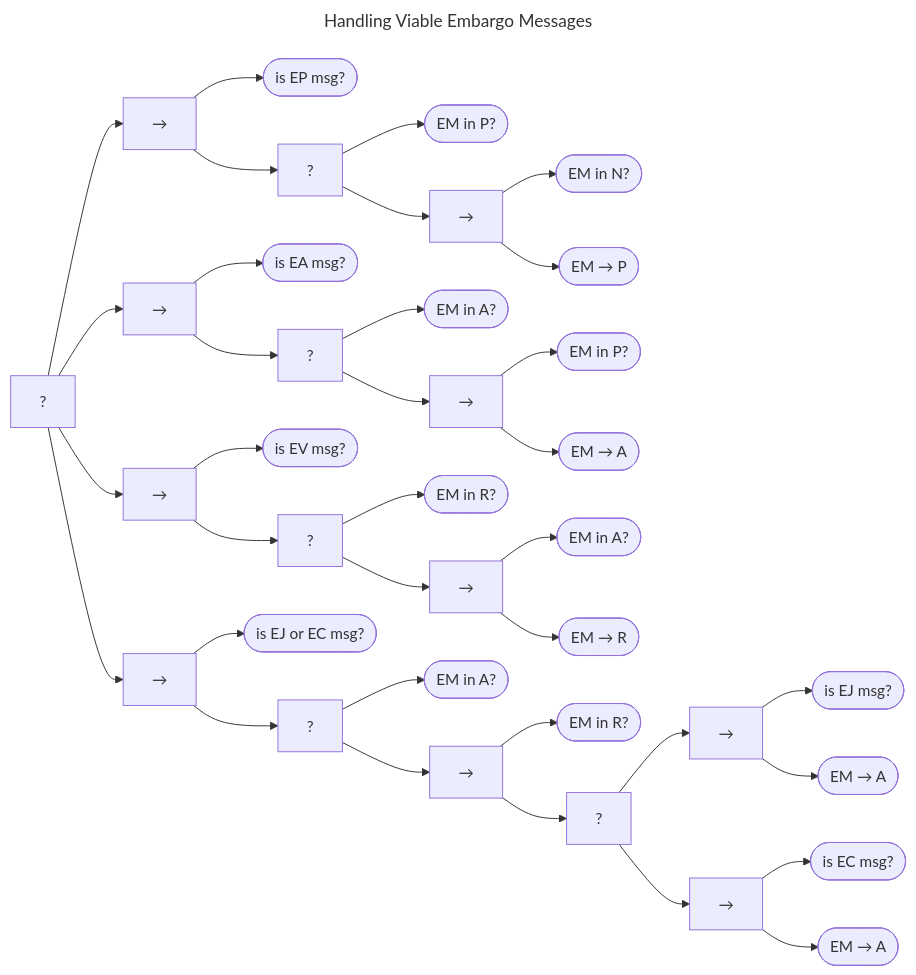
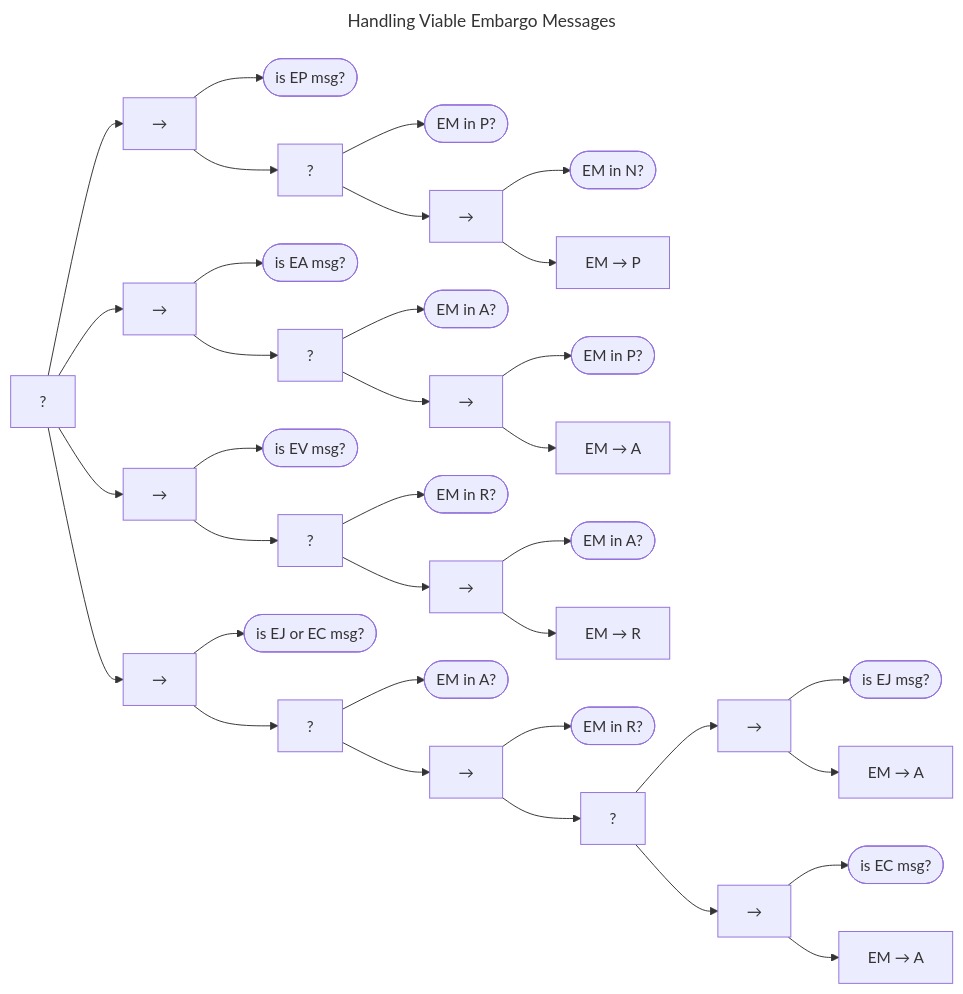
The second of 2 diagrams in docs/topics/behavior_logic/msg_em_bt.md (CERTCC/Vultron), drawn with Mermaid before and after one commit. The commit also changed other lines of this file and 2 other files, not shown here.

Commit message:
fix error in diagram node types

````diff
--- a/docs/topics/behavior_logic/msg_em_bt.md
+++ b/docs/topics/behavior_logic/msg_em_bt.md
@@ -95,75 +95,75 @@
 ```mermaid
 ---
 title: Handling Viable Embargo Messages
 ---
 flowchart LR
     fb["?"]
     ep_seq["&rarr;"]
     fb --> ep_seq
     is_EP_msg(["is EP msg?"])
     ep_seq --> is_EP_msg
     ep_fb["?"]
     ep_seq --> ep_fb
     ep_em_p(["EM in P?"])
     ep_fb --> ep_em_p
     ep_seq2["&rarr;"]
     ep_fb --> ep_seq2
     em_none(["EM in N?"])
     ep_seq2 --> em_none
-    ep_em_to_p(["EM &rarr; P"])
+    ep_em_to_p["EM &rarr; P"]
     ep_seq2 --> ep_em_to_p
     ea_seq["&rarr;"]
     fb --> ea_seq
     is_EA_msg(["is EA msg?"])
     ea_seq --> is_EA_msg
     ea_fb["?"]
     ea_seq --> ea_fb
     em_a(["EM in A?"])
     ea_fb --> em_a
     ea_seq2["&rarr;"]
     ea_fb --> ea_seq2
     ea_em_p(["EM in P?"])
     ea_seq2 --> ea_em_p
-    ea_em_to_a(["EM &rarr; A"])
+    ea_em_to_a["EM &rarr; A"]
     ea_seq2 --> ea_em_to_a
     ev_seq["&rarr;"]
     fb --> ev_seq
     is_EV_msg(["is EV msg?"])
     ev_seq --> is_EV_msg
     ev_fb["?"]
     ev_seq --> ev_fb
     ev_em_r(["EM in R?"])
     ev_fb --> ev_em_r
     ev_seq2["&rarr;"]
     ev_fb --> ev_seq2
     ev_em_a(["EM in A?"])
     ev_seq2 --> ev_em_a
-    ev_em_to_r(["EM &rarr; R"])
+    ev_em_to_r["EM &rarr; R"]
     ev_seq2 --> ev_em_to_r
     ej_ec_seq["&rarr;"]
     fb --> ej_ec_seq
     is_EJ_msg(["is EJ or EC msg?"])
     ej_ec_seq --> is_EJ_msg
     ej_ec_fb["?"]
     ej_ec_seq --> ej_ec_fb
     ej_ec_em_A(["EM in A?"])
     ej_ec_fb --> ej_ec_em_A
     ej_ec_seq2["&rarr;"]
     ej_ec_fb --> ej_ec_seq2
     ej_ec_em_r(["EM in R?"])
     ej_ec_seq2 --> ej_ec_em_r
     ej_ec_fb2["?"]
     ej_ec_seq2 --> ej_ec_fb2
     ej_seq["&rarr;"]
     ej_ec_fb2 --> ej_seq
     ej_is_EJ_msg(["is EJ msg?"])
     ej_seq --> ej_is_EJ_msg
-    ej_em_to_A(["EM &rarr; A"])
+    ej_em_to_A["EM &rarr; A"]
     ej_seq --> ej_em_to_A
     ec_seq["&rarr;"]
     ej_ec_fb2 --> ec_seq
     ec_is_EC_msg(["is EC msg?"])
     ec_seq --> ec_is_EC_msg
-    ec_em_to_A(["EM &rarr; A"])
+    ec_em_to_A["EM &rarr; A"]
     ec_seq --> ec_em_to_A
 ```
````
